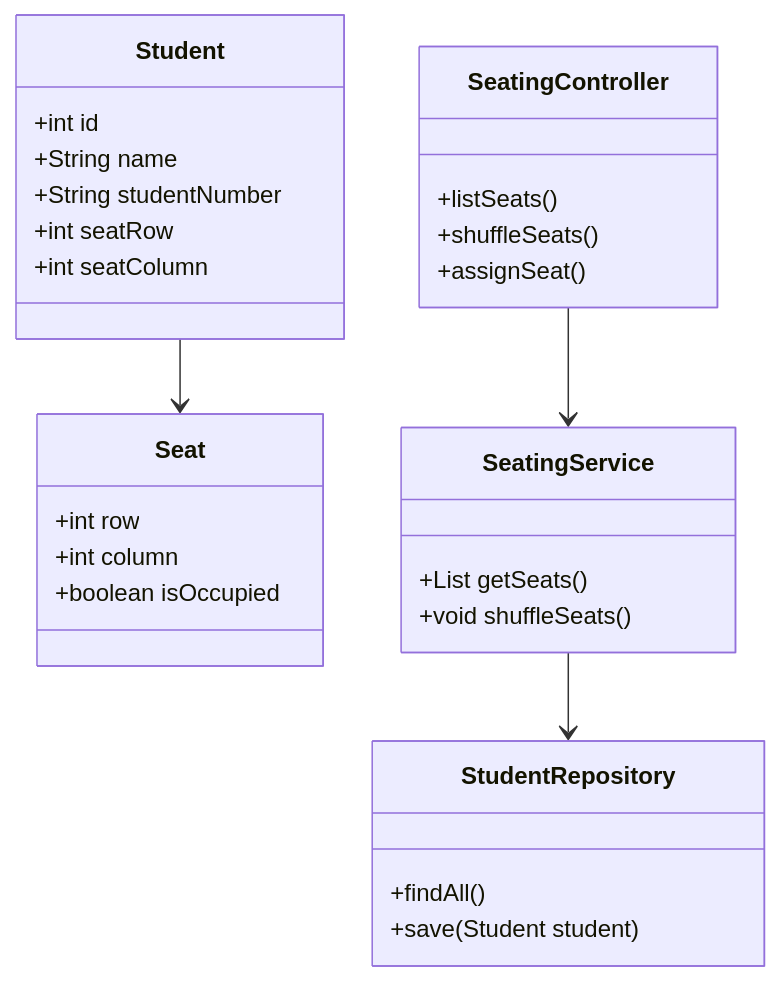
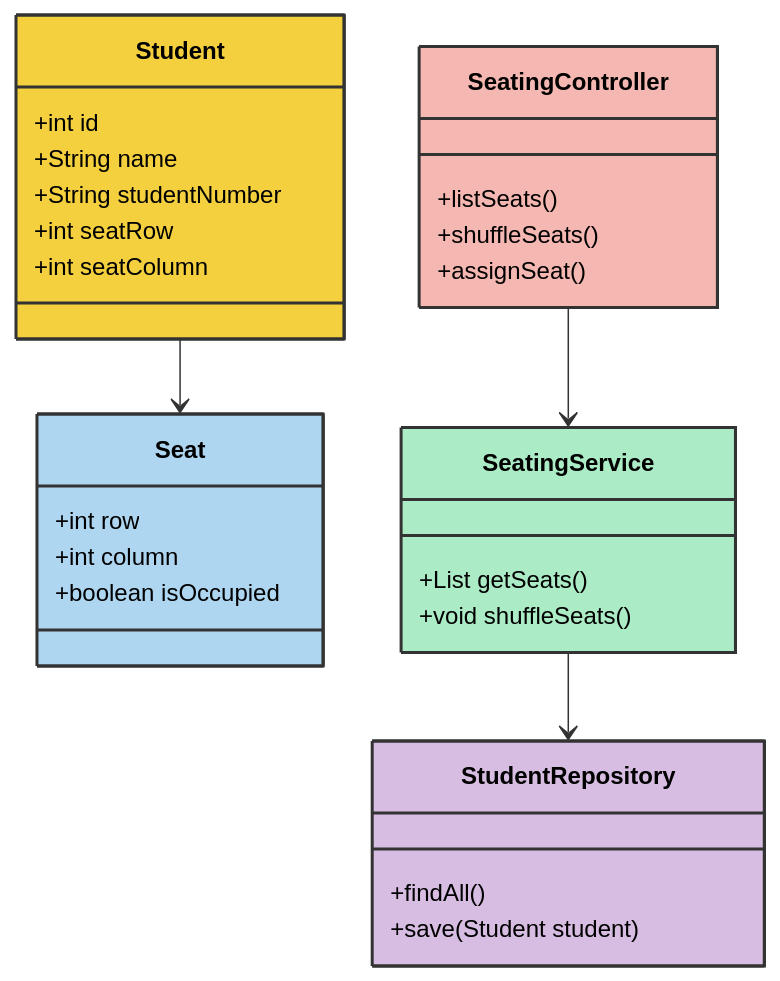
Before and after one commit to masayoshi6/sekigae-machine: the first of 2 diagrams in README.md, drawn with Mermaid.

Commit message:
READMEのクラス図の修正

````diff
--- a/README.md
+++ b/README.md
@@ -97,37 +97,37 @@
 ```mermaid
 classDiagram
     class Student {
         +int id
         +String name
         +String studentNumber
         +int seatRow
         +int seatColumn
     }
     class Seat {
         +int row
         +int column
         +boolean isOccupied
     }
     class SeatingController {
         +listSeats()
         +shuffleSeats()
         +assignSeat()
     }
     class SeatingService {
         +List<Seat> getSeats()
         +void shuffleSeats()
     }
     class StudentRepository {
         +findAll()
         +save(Student student)
     }
 
     Student --> Seat
     SeatingController --> SeatingService
     SeatingService --> StudentRepository
-    style Student fill: #f4d03f;stroke: #333;stroke-width:2px
-style Seat fill: #aed6f1;stroke: #333;stroke-width:2px
-style SeatingController fill: #f5b7b1;stroke: #333;stroke-width:2px
-style SeatingService fill: #abebc6;stroke: #333;stroke-width:2px
-style StudentRepository fill: #d7bde2;stroke:#333;stroke-width:2px
+    style Student fill: #f4d03f, stroke: #333, stroke-width: 2px, color: #000
+    style Seat fill: #aed6f1, stroke: #333, stroke-width: 2px, color: #000
+    style SeatingController fill: #f5b7b1, stroke: #333, stroke-width: 2px, color: #000
+    style SeatingService fill: #abebc6, stroke: #333, stroke-width: 2px, color: #000
+    style StudentRepository fill: #d7bde2, stroke: #333, stroke-width: 2px, color: #000
 ```
````
